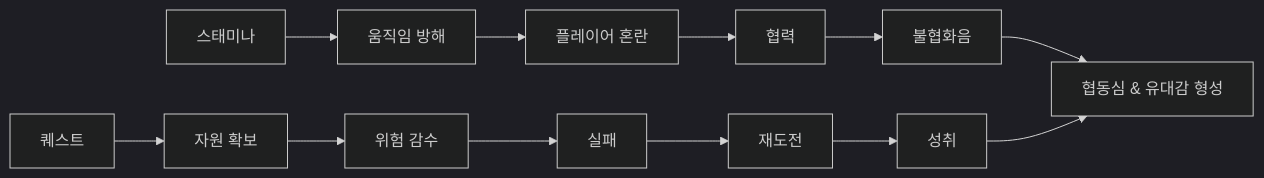
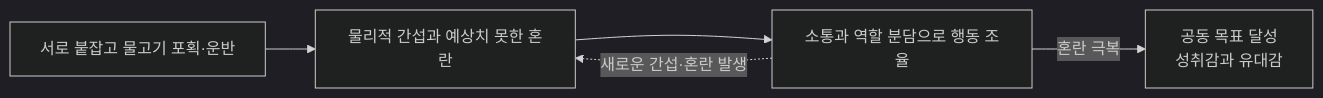
One commit to MountainHS/portfolio changed the first of 9 diagrams in src/4-wgo/기술문서.md. Above: the diagram before and after it, drawn with Mermaid (dark theme). The commit also changed other lines of this file, not shown here.

First line of the commit message:
Docs: WGO 기술문서 1.3 핵심 경험을 불협화음·조율 순환 그림으로 개편

````diff
--- a/src/4-wgo/기술문서.md
+++ b/src/4-wgo/기술문서.md
@@ -66,7 +60,7 @@
 ```mermaid
 flowchart LR
-    S["스태미나"] --> M["움직임 방해"] --> C["플레이어 혼란"] --> P["협력"] --> D["불협화음"]
-    Q["퀘스트"] --> R["자원 확보"] --> K["위험 감수"] --> F["실패"] --> T["재도전"] --> A["성취"]
-    D --> B["협동심 & 유대감 형성"]
-    A --> B
+    A["서로 붙잡고 물고기 포획·운반"] --> B["물리적 간섭과 예상치 못한 혼란"]
+    B --> C["소통과 역할 분담으로 행동 조율"]
+    C -.->|"새로운 간섭·혼란 발생"| B
+    C -->|"혼란 극복"| D["공동 목표 달성<br/>성취감과 유대감"]
 ```
````
